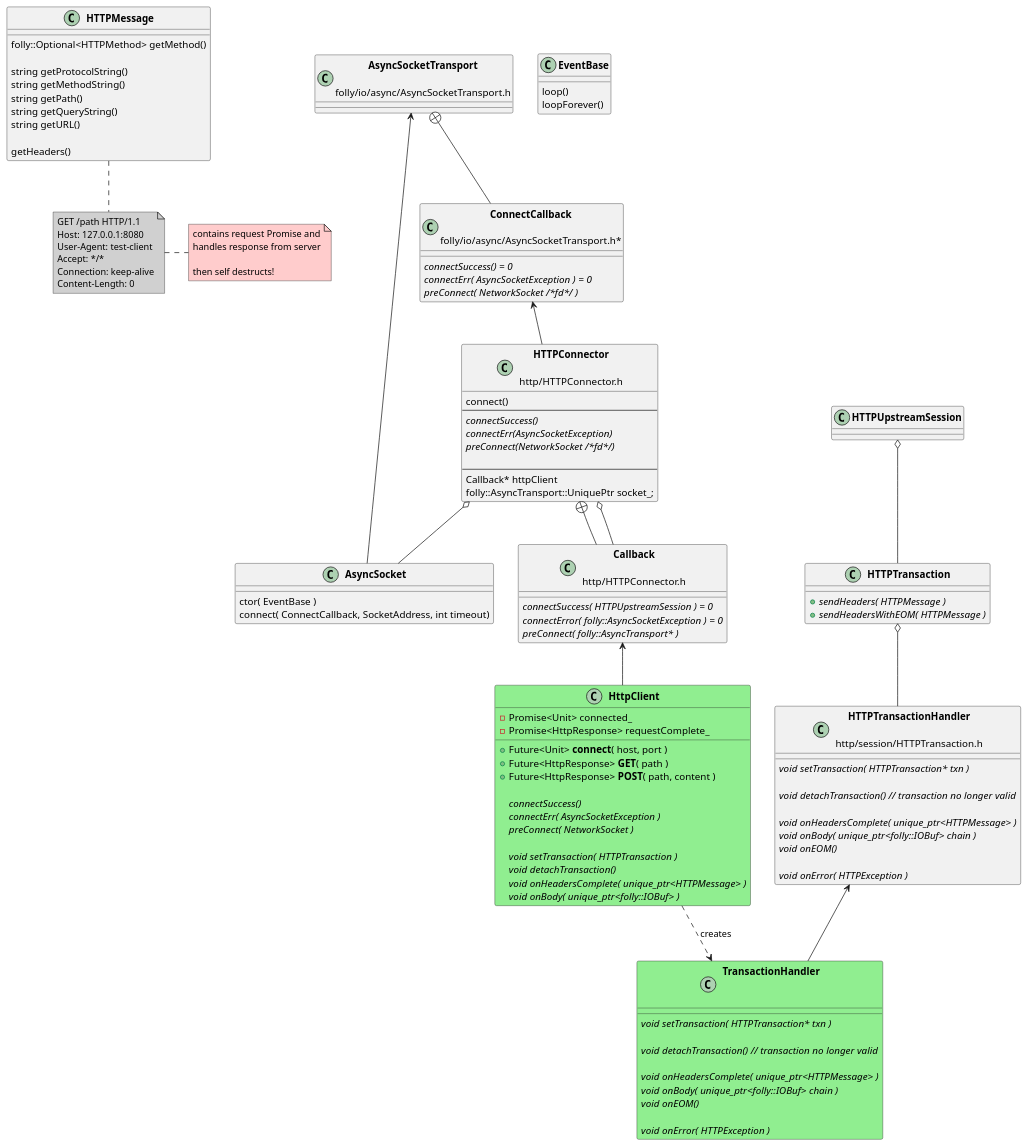
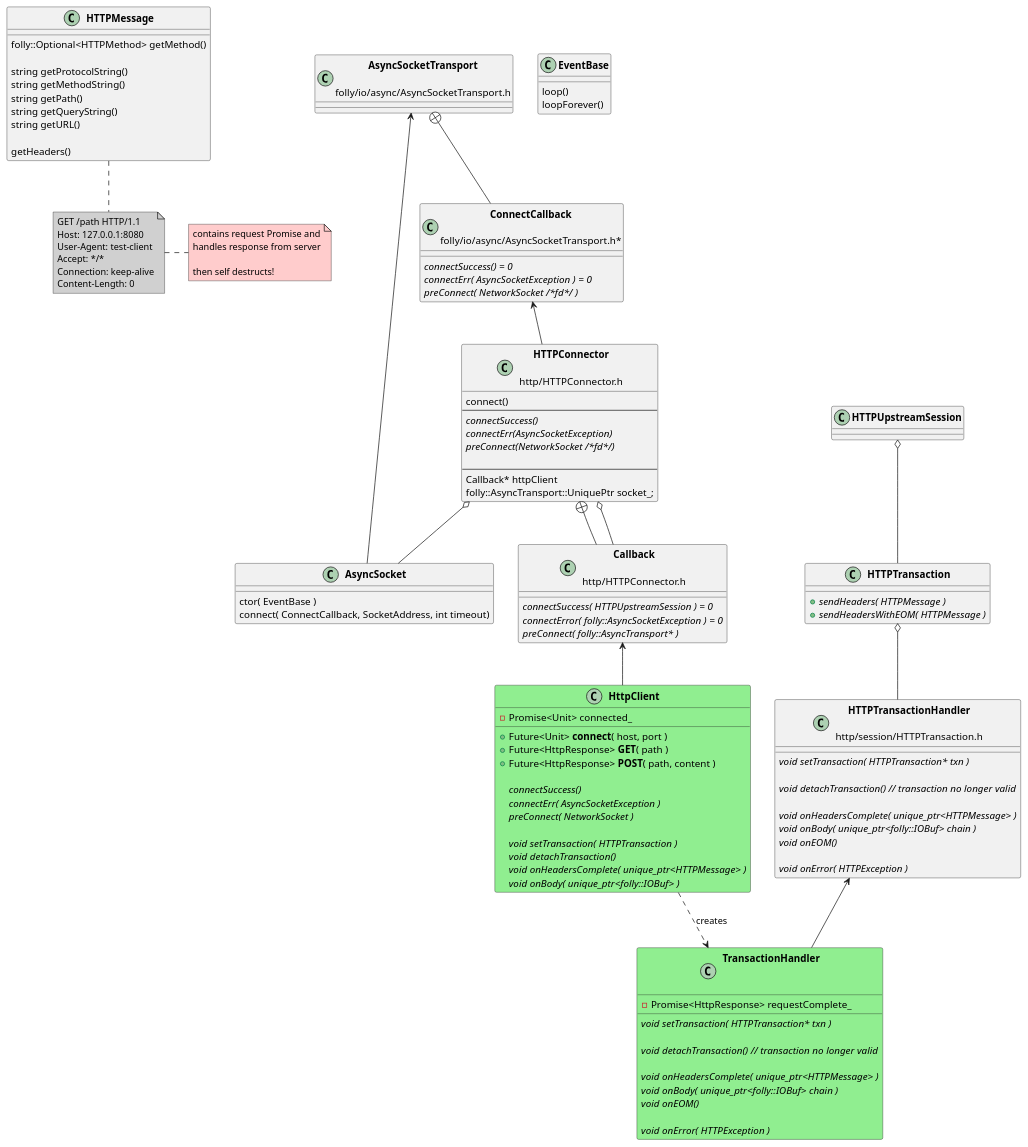
Before and after one commit to patrickhallinan/hello-proxygen: the fourth of 4 diagrams in doc/http-client.adoc, drawn with PlantUML. The commit also changed 1 other file, not shown here.

Commit message:
update http-client doc

```diff
--- a/doc/http-client.adoc
+++ b/doc/http-client.adoc
@@ -303,6 +303,8 @@
 }
 
 class TransactionHandler #LightGreen  {
+    - Promise<HttpResponse> requestComplete_
+
     {abstract} void setTransaction( HTTPTransaction* txn )
 
     {abstract}  void detachTransaction() // transaction no longer valid
@@ -316,7 +318,6 @@
 
 class HttpClient #LightGreen  {
     - Promise<Unit> connected_
-    - Promise<HttpResponse> requestComplete_
     
     + Future<Unit> **connect**( host, port )
     + Future<HttpResponse> **GET**( path )
```
